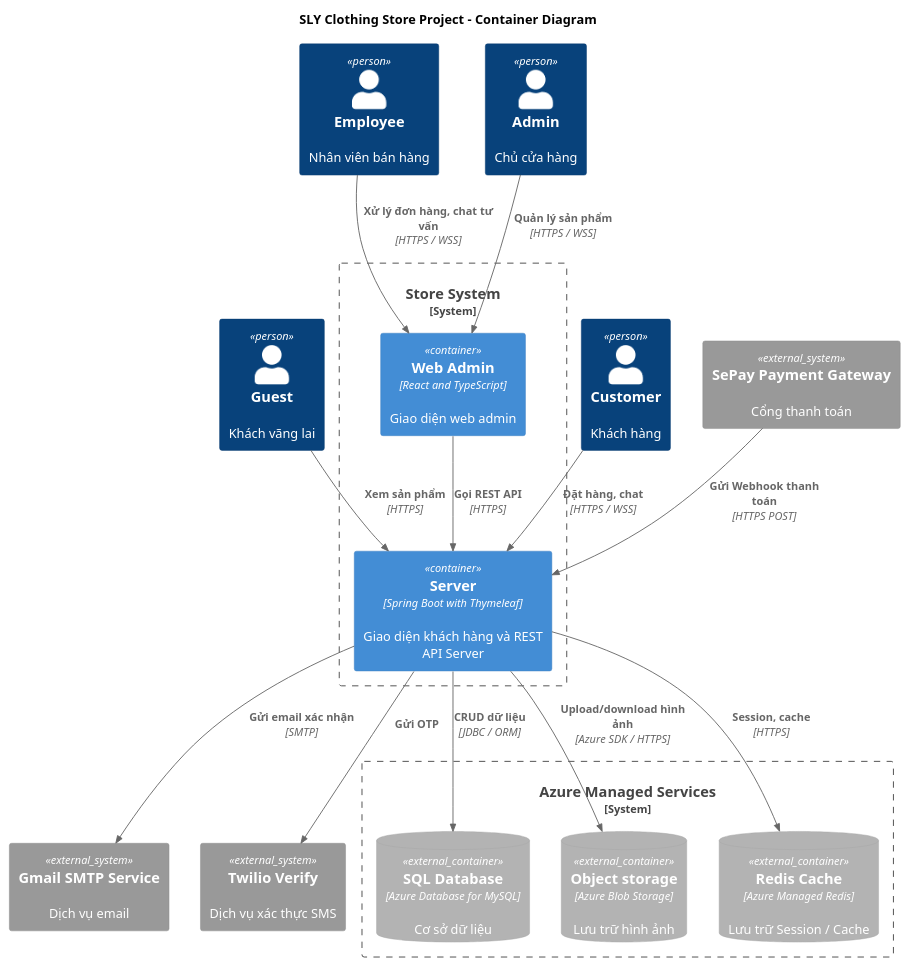
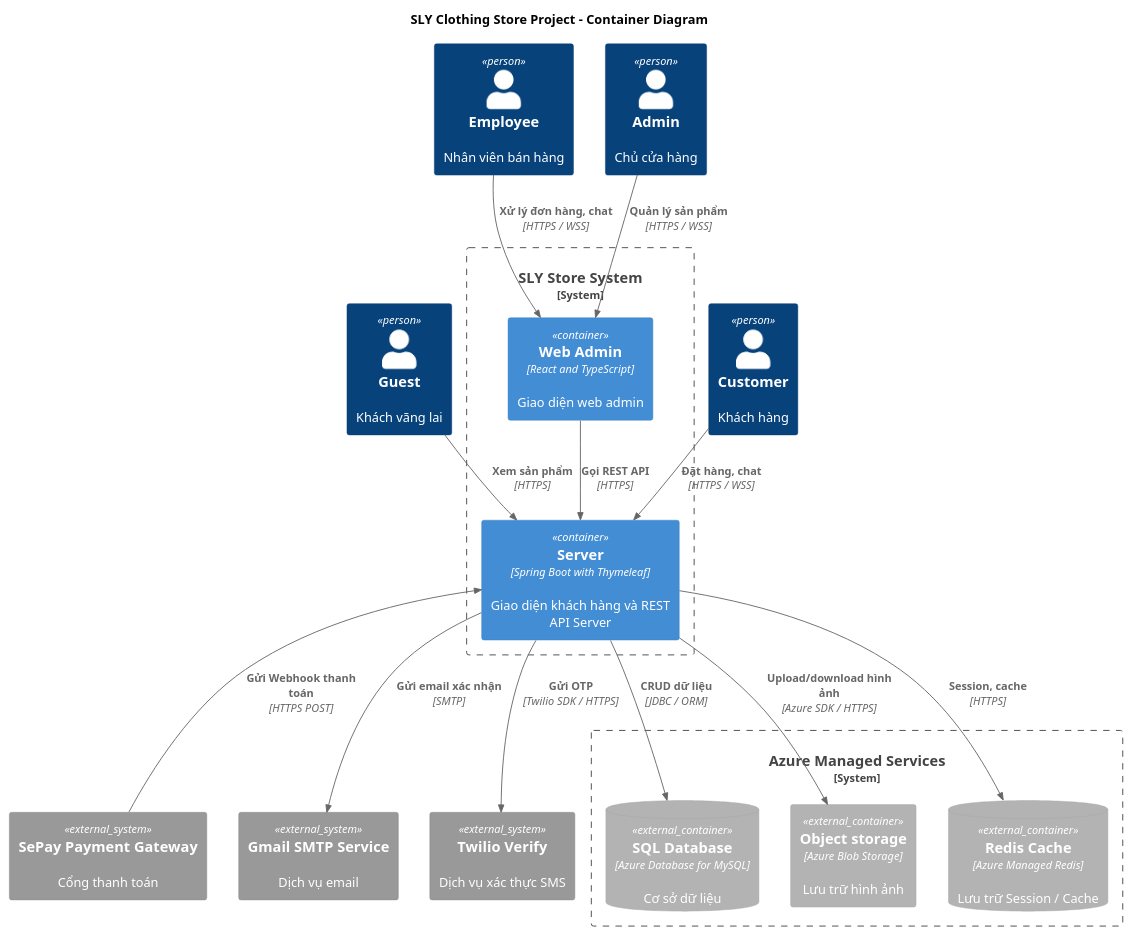
Before and after one commit to ptus04/store-project: the diagram in docs/C4Model-Container.puml, drawn with PlantUML. The commit also changed 2 other files, not shown here.

Commit message:
update c4model diagrams

```diff
--- a/docs/C4Model-Container.puml
+++ b/docs/C4Model-Container.puml
@@ -1,36 +1,40 @@
 @startuml
 !include <C4/C4_Container>
 
 title SLY Clothing Store Project - Container Diagram
+
 Person(guest, "Guest", "Khách vãng lai")
 Person(customer, "Customer", "Khách hàng")
 Person(employee, "Employee", "Nhân viên bán hàng")
 Person(admin, "Admin", "Chủ cửa hàng")
 
-System_Boundary(storeSystem, "Store System") {
+System_Boundary(storeSystem, "SLY Store System") {
     Container(webAdmin, "Web Admin", "React and TypeScript", "Giao diện web admin")
-    Container(webCustomer, "Server", "Spring Boot with Thymeleaf", "Giao diện khách hàng và REST API Server")
+    Container(server, "Server", "Spring Boot with Thymeleaf", "Giao diện khách hàng và REST API Server")
 }
 
 System_Ext(sepay, "SePay Payment Gateway", "Cổng thanh toán")
 System_Ext(gmail, "Gmail SMTP Service", "Dịch vụ email")
 System_Ext(twilio, "Twilio Verify", "Dịch vụ xác thực SMS")
 
 System_Boundary(azure, "Azure Managed Services") {
     ContainerDb_Ext(azureMySQL, "SQL Database", "Azure Database for MySQL", "Cơ sở dữ liệu")
-    ContainerDb_Ext(azureBlob, "Object storage", "Azure Blob Storage", "Lưu trữ hình ảnh")
+    Container_Ext(azureBlob, "Object storage", "Azure Blob Storage", "Lưu trữ hình ảnh")
     ContainerDb_Ext(azureRedis, "Redis Cache", "Azure Managed Redis", "Lưu trữ Session / Cache")
 }
 
-Rel(guest, webCustomer, "Xem sản phẩm", "HTTPS")
-Rel(customer, webCustomer, "Đặt hàng, chat", "HTTPS / WSS")
-Rel(employee, webAdmin, "Xử lý đơn hàng, chat tư vấn", "HTTPS / WSS")
+Rel(guest, server, "Xem sản phẩm", "HTTPS")
+Rel(customer, server, "Đặt hàng, chat", "HTTPS / WSS")
+Rel(employee, webAdmin, "Xử lý đơn hàng, chat", "HTTPS / WSS")
 Rel(admin, webAdmin, "Quản lý sản phẩm", "HTTPS / WSS")
-Rel(webAdmin, webCustomer, "Gọi REST API", "HTTPS")
-Rel(webCustomer, azureRedis, "Session, cache", "HTTPS")
-Rel(webCustomer, azureMySQL, "CRUD dữ liệu", "JDBC / ORM")
-Rel(webCustomer, azureBlob, "Upload/download hình ảnh", "Azure SDK / HTTPS")
-Rel(webCustomer, gmail, "Gửi email xác nhận", "SMTP")
-Rel(sepay, webCustomer, "Gửi Webhook thanh toán", "HTTPS POST")
-Rel(webCustomer, twilio, "Gửi OTP")
+
+Rel(webAdmin, server, "Gọi REST API", "HTTPS")
+
+Rel(server, azureRedis, "Session, cache", "HTTPS")
+Rel(server, azureMySQL, "CRUD dữ liệu", "JDBC / ORM")
+Rel(server, azureBlob, "Upload/download hình ảnh", "Azure SDK / HTTPS")
+Rel(server, gmail, "Gửi email xác nhận", "SMTP")
+Rel(server, twilio, "Gửi OTP", "Twilio SDK / HTTPS")
+
+Rel_U(sepay, server, "Gửi Webhook thanh toán", "HTTPS POST")
 @enduml
```
